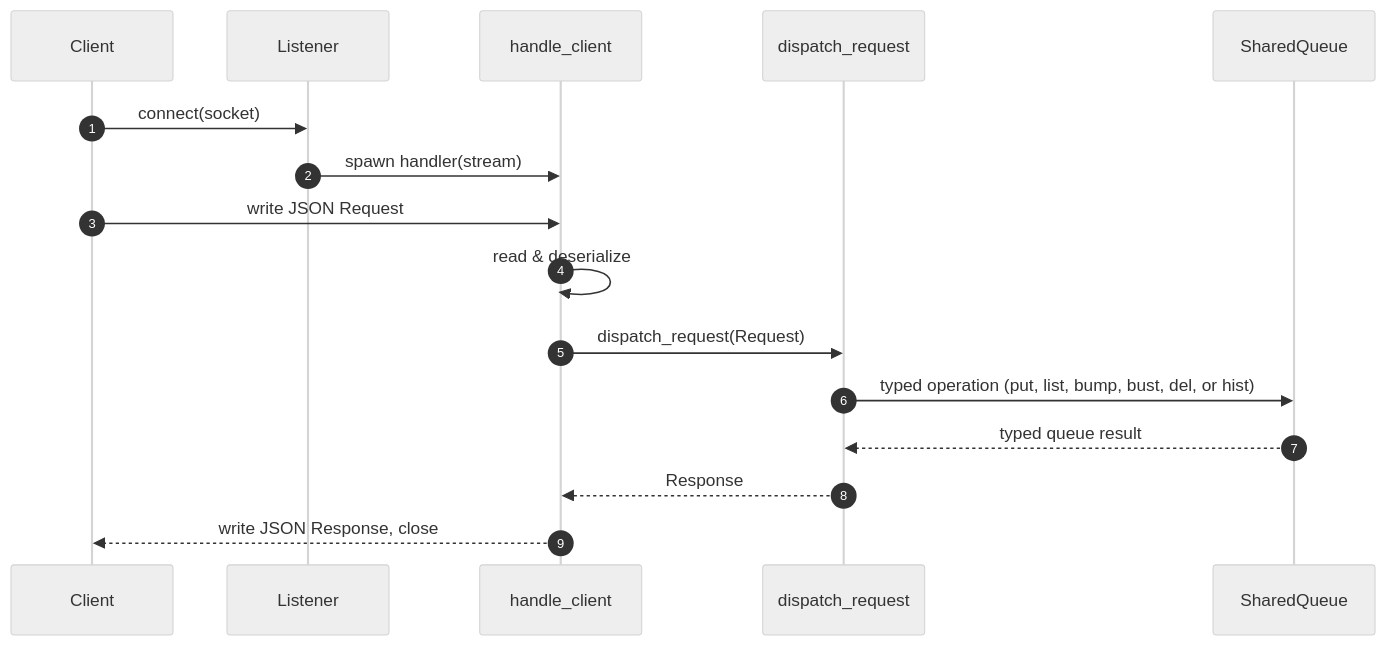
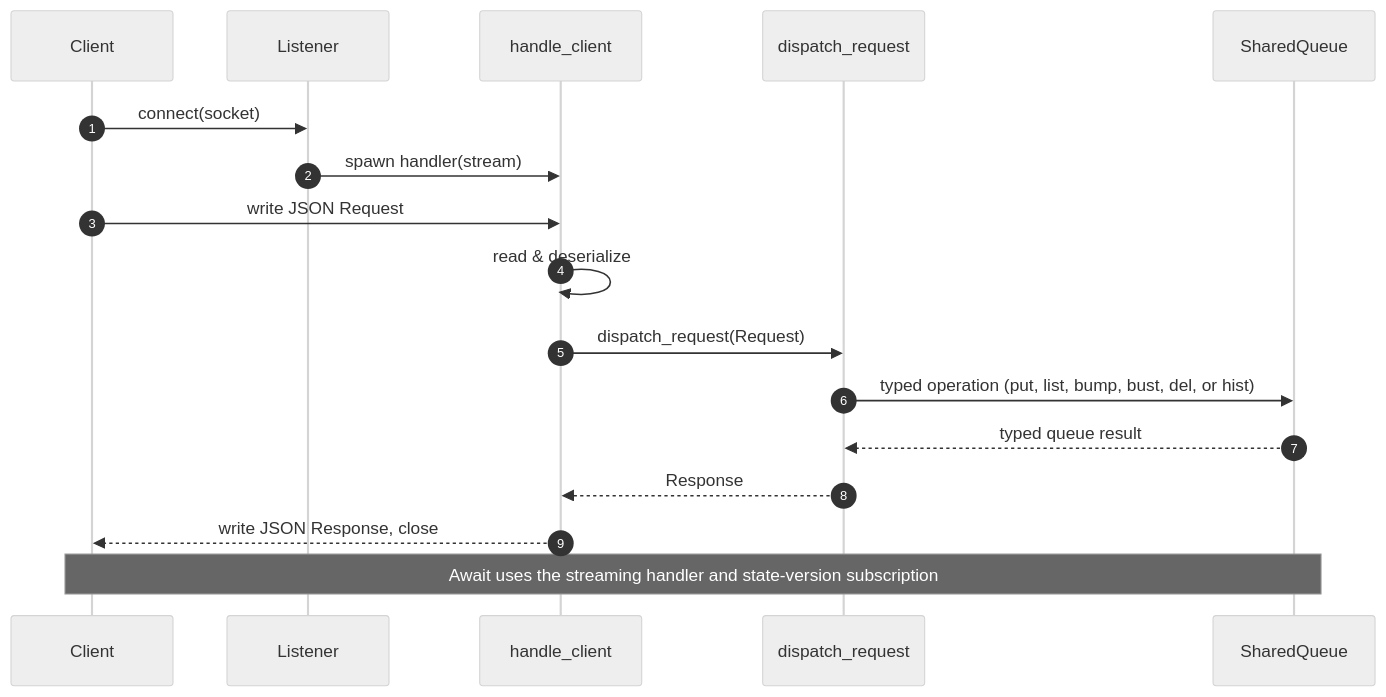
Before and after one commit to leynos/comenq: the second of 3 diagrams in docs/comenq-design.md, drawn with Mermaid (neutral theme). The commit also changed other lines of this file and 56 other files, not shown here.

````diff
--- a/docs/comenq-design.md
+++ b/docs/comenq-design.md
@@ -683,19 +775,20 @@
 ```mermaid
 sequenceDiagram
   autonumber
   participant Client as Client
   participant L as Listener
   participant H as handle_client
   participant A as dispatch_request
   participant Q as SharedQueue
 
   Client->>L: connect(socket)
   L->>H: spawn handler(stream)
   Client->>H: write JSON Request
   H->>H: read & deserialize
   H->>A: dispatch_request(Request)
   A->>Q: typed operation (put, list, bump, bust, del, or hist)
   Q-->>A: typed queue result
   A-->>H: Response
   H-->>Client: write JSON Response, close
+  Note over Client,Q: Await uses the streaming handler and state-version subscription
 ```
````
